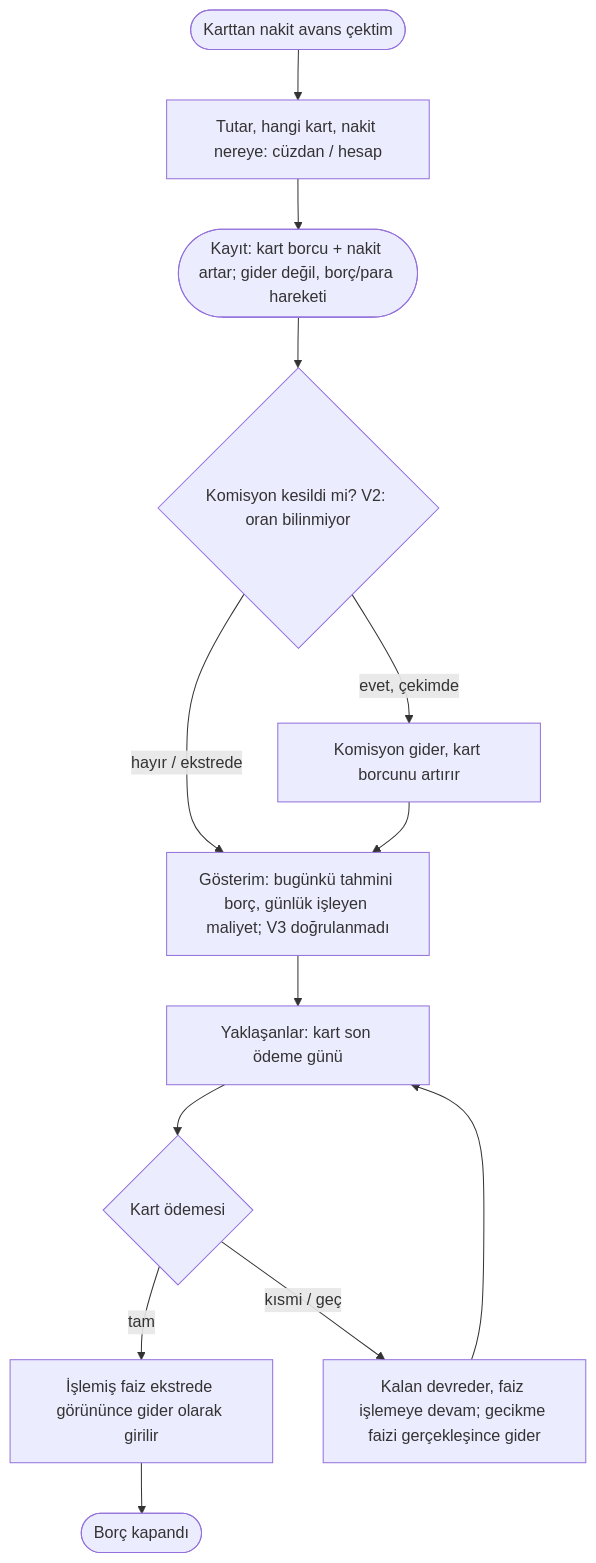
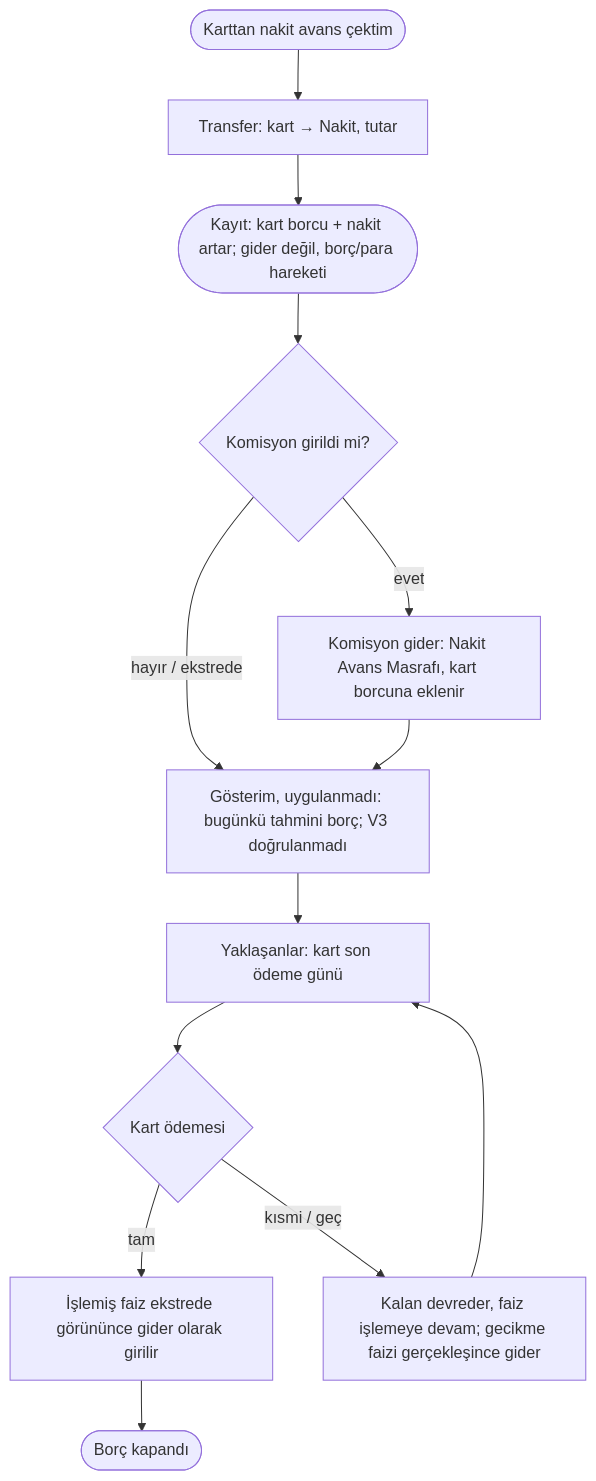
The diagram in docs/ux/akislar/AKS-008-nakit-avans.md (akderelianil/aa-finance), drawn with Mermaid before and after one commit. The commit also changed other lines of this file and 18 other files, not shown here.

````diff
--- a/docs/ux/akislar/AKS-008-nakit-avans.md
+++ b/docs/ux/akislar/AKS-008-nakit-avans.md
@@ -29,15 +29,15 @@
 ```mermaid
 flowchart TD
-  A([Karttan nakit avans çektim]) --> B[Tutar, hangi kart, nakit nereye: cüzdan / hesap]
+  A([Karttan nakit avans çektim]) --> B[Transfer: kart → Nakit, tutar]
   B --> C([Kayıt: kart borcu + nakit artar; gider değil, borç/para hareketi])
-  C --> D{Komisyon kesildi mi? V2: oran bilinmiyor}
-  D -- evet, çekimde --> D1[Komisyon gider, kart borcunu artırır]
+  C --> D{Komisyon girildi mi?}
+  D -- evet --> D1[Komisyon gider: Nakit Avans Masrafı, kart borcuna eklenir]
   D -- hayır / ekstrede --> E
-  D1 --> E[Gösterim: bugünkü tahmini borç, günlük işleyen maliyet; V3 doğrulanmadı]
+  D1 --> E[Gösterim, uygulanmadı: bugünkü tahmini borç; V3 doğrulanmadı]
   E --> F[Yaklaşanlar: kart son ödeme günü]
   F --> G{Kart ödemesi}
   G -- tam --> H[İşlemiş faiz ekstrede görününce gider olarak girilir]
   H --> I([Borç kapandı])
   G -- kısmi / geç --> J[Kalan devreder, faiz işlemeye devam; gecikme faizi gerçekleşince gider]
   J --> F
 ```
````
